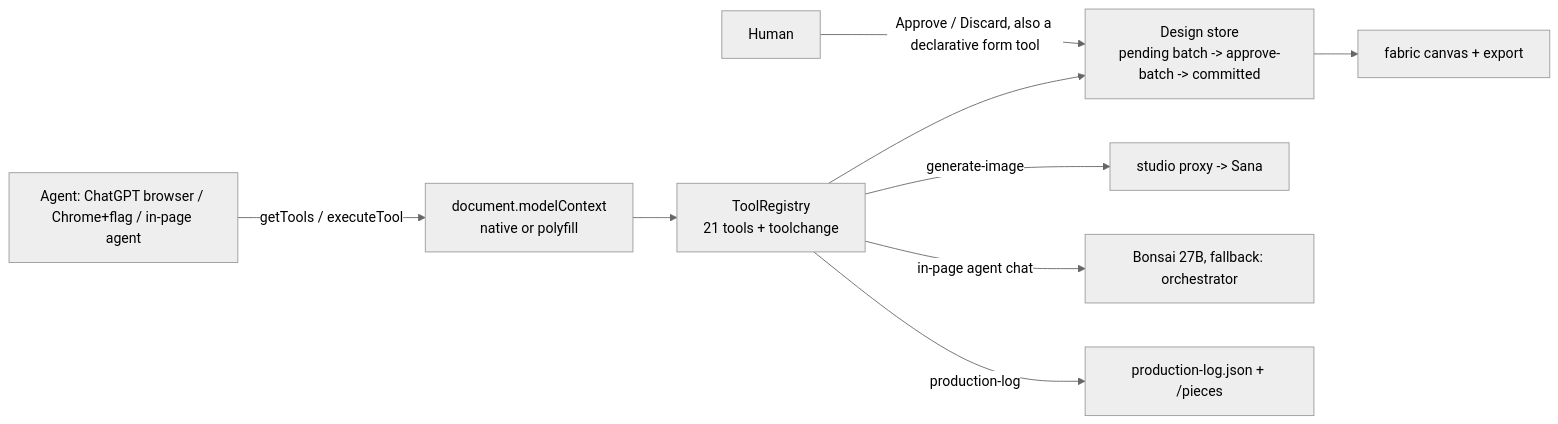
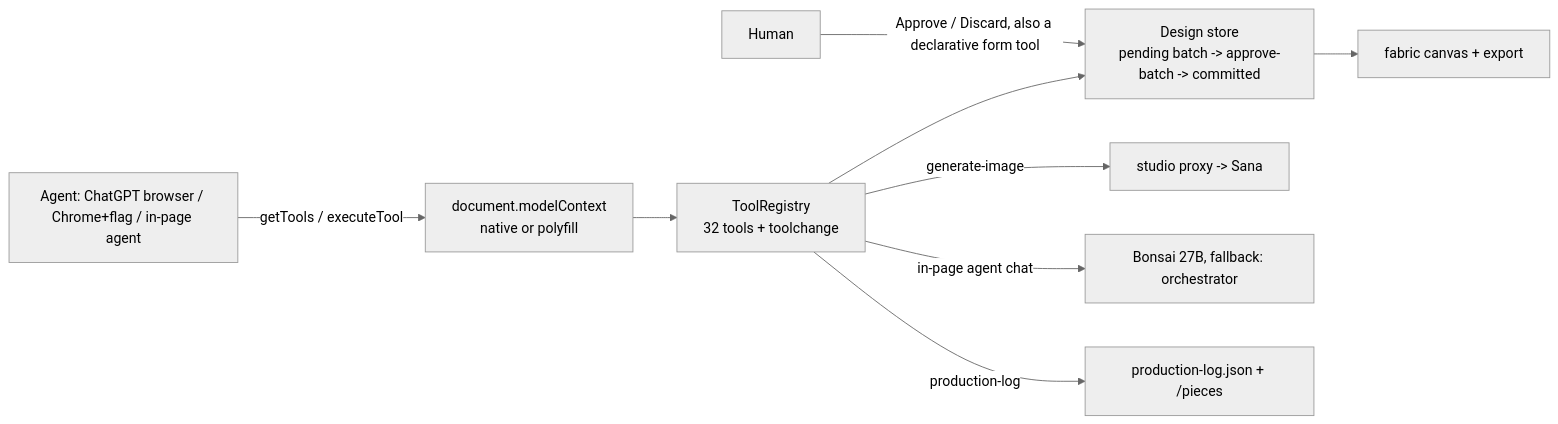
Before and after one commit to Aitherium/webmcp-design-studio: the diagram in README.md, drawn with Mermaid (neutral theme). The commit also changed other lines of this file and 1 other file, not shown here.

````diff
--- a/README.md
+++ b/README.md
@@ -54,11 +56,11 @@
 ```mermaid
 flowchart LR
   A[Agent: ChatGPT browser / Chrome+flag / in-page agent] -- getTools / executeTool --> M[document.modelContext<br/>native or polyfill]
-  M --> R[ToolRegistry<br/>21 tools + toolchange]
+  M --> R[ToolRegistry<br/>32 tools + toolchange]
   R --> S[Design store<br/>pending batch -> approve-batch -> committed]
   S --> C[fabric canvas + export]
   R -- generate-image --> I[studio proxy -> Sana]
   R -- in-page agent chat --> T[Bonsai 27B, fallback: orchestrator]
   R -- production-log --> P[production-log.json + /pieces]
   U[Human] -- Approve / Discard, also a declarative form tool --> S
 ```
````
